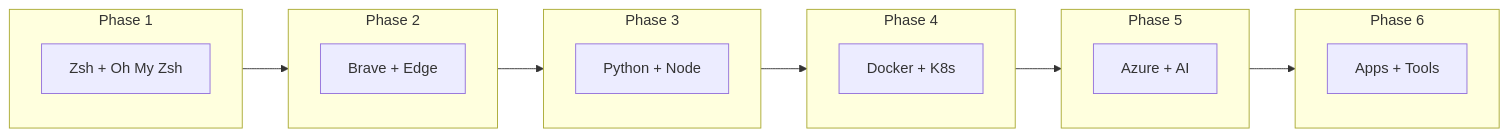
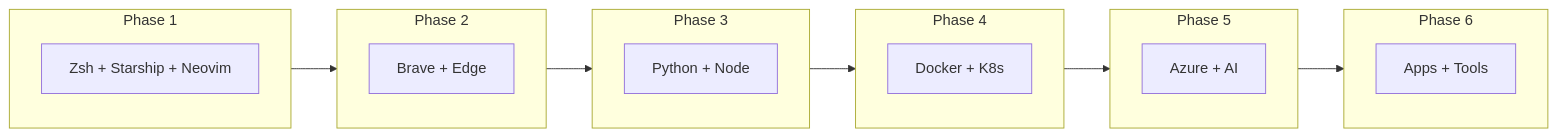
Before and after one commit to BjornICNilsson/ubuntu-cloud-architect-setup: the diagram in README.md, drawn with Mermaid. The commit also changed other lines of this file, not shown here.

````diff
--- a/README.md
+++ b/README.md
@@ -15,22 +15,22 @@
 ```mermaid
 flowchart LR
     subgraph P1[Phase 1]
-        A[Zsh + Oh My Zsh]
+        A[Zsh + Starship + Neovim]
     end
     subgraph P2[Phase 2]
         B[Brave + Edge]
     end
     subgraph P3[Phase 3]
         C[Python + Node]
     end
     subgraph P4[Phase 4]
         D[Docker + K8s]
     end
     subgraph P5[Phase 5]
         E[Azure + AI]
     end
     subgraph P6[Phase 6]
         F[Apps + Tools]
     end
     P1 --> P2 --> P3 --> P4 --> P5 --> P6
 ```
````
